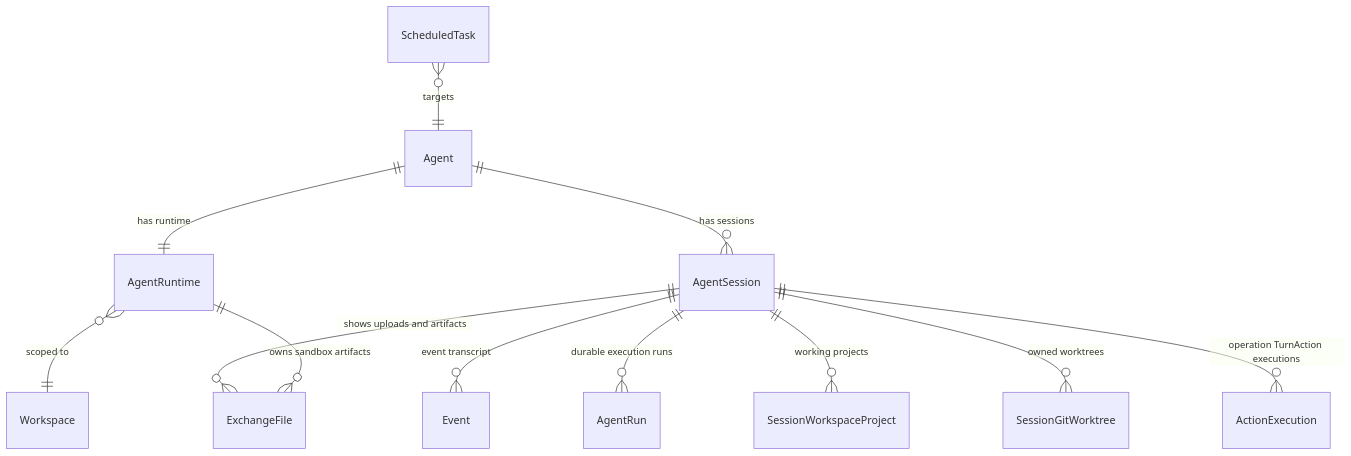
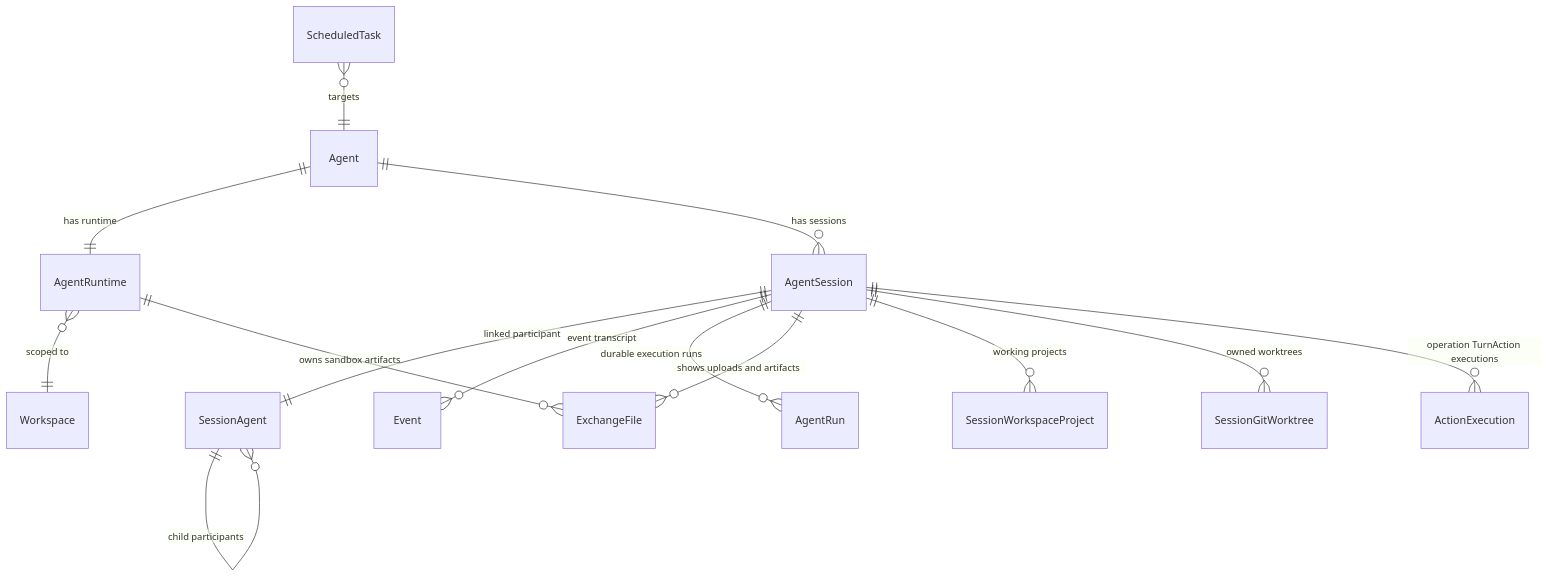
One commit to azents/azents changed the diagram in docs/azents/spec/domain/conversation.md. Above: the diagram before and after it, drawn with Mermaid. The commit also changed other lines of this file and 9 other files, not shown here.

````diff
--- a/docs/azents/spec/domain/conversation.md
+++ b/docs/azents/spec/domain/conversation.md
@@ -104,14 +108,16 @@
 ```mermaid
 erDiagram
     Agent ||--|| AgentRuntime : "has runtime"
     Agent ||--o{ AgentSession : "has sessions"
     AgentRuntime }o--|| Workspace : "scoped to"
+    AgentSession ||--|| SessionAgent : "linked participant"
+    SessionAgent ||--o{ SessionAgent : "child participants"
     AgentSession ||--o{ Event : "event transcript"
     AgentSession ||--o{ AgentRun : "durable execution runs"
     AgentSession ||--o{ ExchangeFile : "shows uploads and artifacts"
     AgentSession ||--o{ SessionWorkspaceProject : "working projects"
     AgentSession ||--o{ SessionGitWorktree : "owned worktrees"
     AgentSession ||--o{ ActionExecution : "operation TurnAction executions"
     AgentRuntime ||--o{ ExchangeFile : "owns sandbox artifacts"
     ScheduledTask }o--|| Agent : "targets"
 ```
````
